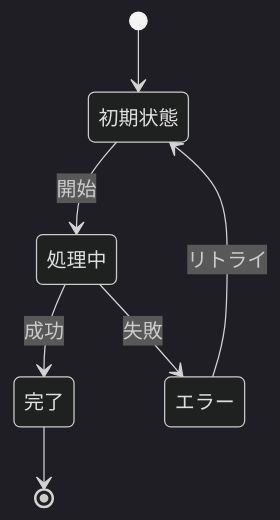
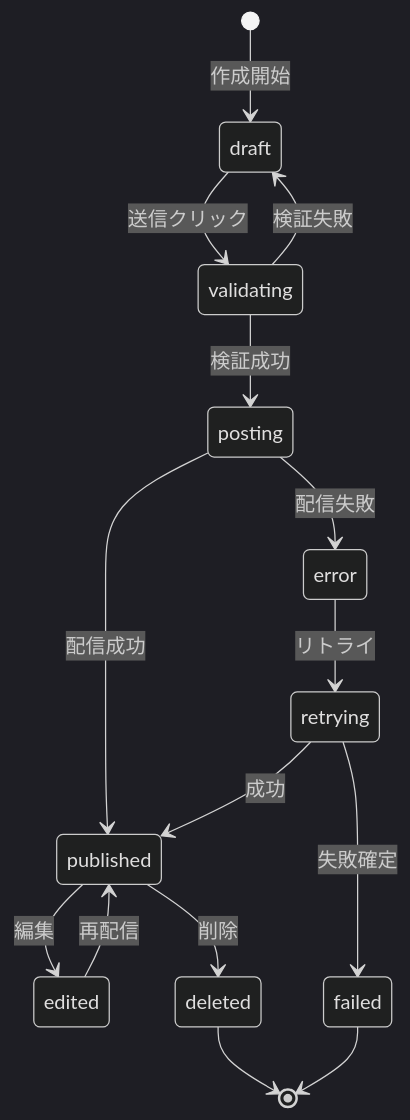
The diagram in consulting-dashboard-new/docs/parasol/services/collaboration-facilitation-service/capabilities/communication-delivery/operations/facilitate-communication/operation.md (hmoriya/consultingTool), drawn with Mermaid (dark theme) before and after one commit. The commit also changed other lines of this file and 63 other files, not shown here.

````diff
--- a/consulting-dashboard-new/docs/parasol/services/collaboration-facilitation-service/capabilities/communication-delivery/operations/facilitate-communication/operation.md
+++ b/consulting-dashboard-new/docs/parasol/services/collaboration-facilitation-service/capabilities/communication-delivery/operations/facilitate-communication/operation.md
@@ -33,9 +55,17 @@
 ```mermaid
 stateDiagram-v2
-    [*] --> 初期状態
-    初期状態 --> 処理中: 開始
-    処理中 --> 完了: 成功
-    処理中 --> エラー: 失敗
-    エラー --> 初期状態: リトライ
-    完了 --> [*]
+    [*] --> draft: 作成開始
+    draft --> validating: 送信クリック
+    validating --> posting: 検証成功
+    validating --> draft: 検証失敗
+    posting --> published: 配信成功
+    posting --> error: 配信失敗
+    published --> edited: 編集
+    edited --> published: 再配信
+    published --> deleted: 削除
+    error --> retrying: リトライ
+    retrying --> published: 成功
+    retrying --> failed: 失敗確定
+    deleted --> [*]
+    failed --> [*]
 ```
````
